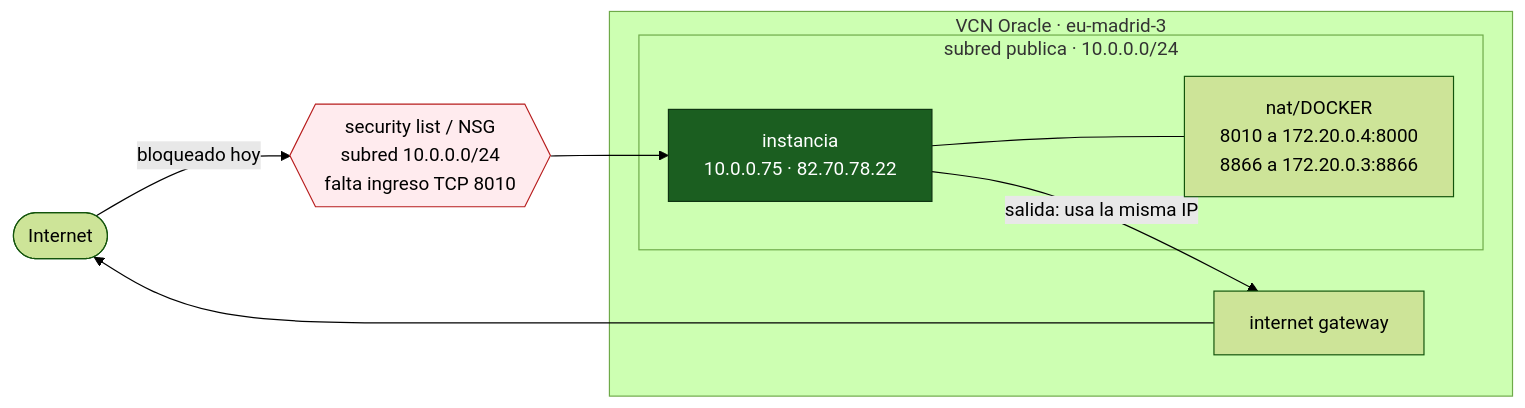
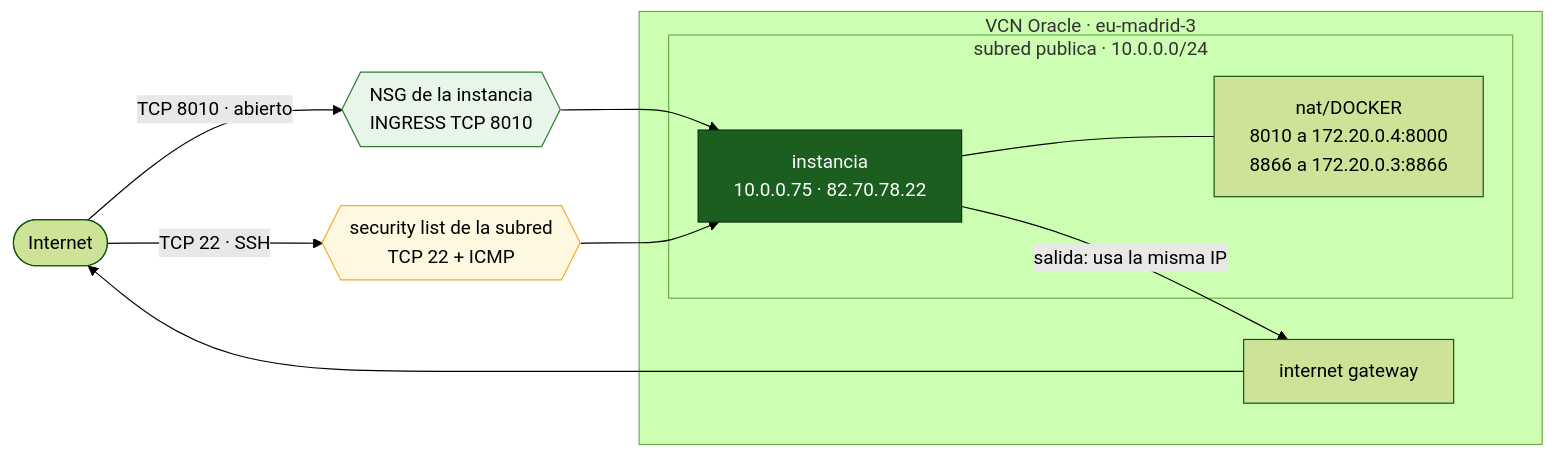
Before and after one commit to alexcerezo/maisa: the fourth of 7 diagrams in maisa/api/README.md, drawn with Mermaid (forest theme). The commit also changed other lines of this file and 36 other files, not shown here.

````diff
--- a/maisa/api/README.md
+++ b/maisa/api/README.md
@@ -232,21 +327,25 @@
 ```mermaid
 flowchart LR
     NET(["Internet"])
-    SL{{"security list / NSG<br/>subred 10.0.0.0/24<br/>falta ingreso TCP 8010"}}
+    SL{{"security list de la subred<br/>TCP 22 + ICMP"}}
+    NSG{{"NSG de la instancia<br/>INGRESS TCP 8010"}}
     subgraph VCN["VCN Oracle · eu-madrid-3"]
         subgraph SUB["subred publica · 10.0.0.0/24"]
             VM["instancia<br/>10.0.0.75 · 82.70.78.22"]
             DOCKER["nat/DOCKER<br/>8010 a 172.20.0.4:8000<br/>8866 a 172.20.0.3:8866"]
         end
         IGW["internet gateway"]
     end
 
-    NET -->|"bloqueado hoy"| SL
+    NET -->|"TCP 8010 · abierto"| NSG
+    NET -->|"TCP 22 · SSH"| SL
+    NSG --> VM
     SL --> VM
     VM --- DOCKER
     VM -->|"salida: usa la misma IP"| IGW
     IGW --> NET
 
-    style SL fill:#ffebee,stroke:#b71c1c
+    style NSG fill:#e8f5e9,stroke:#2e7d32
+    style SL fill:#fff8e1,stroke:#f9a825
     style VM fill:#1b5e20,stroke:#0d3311,color:#fff
 ```
````
